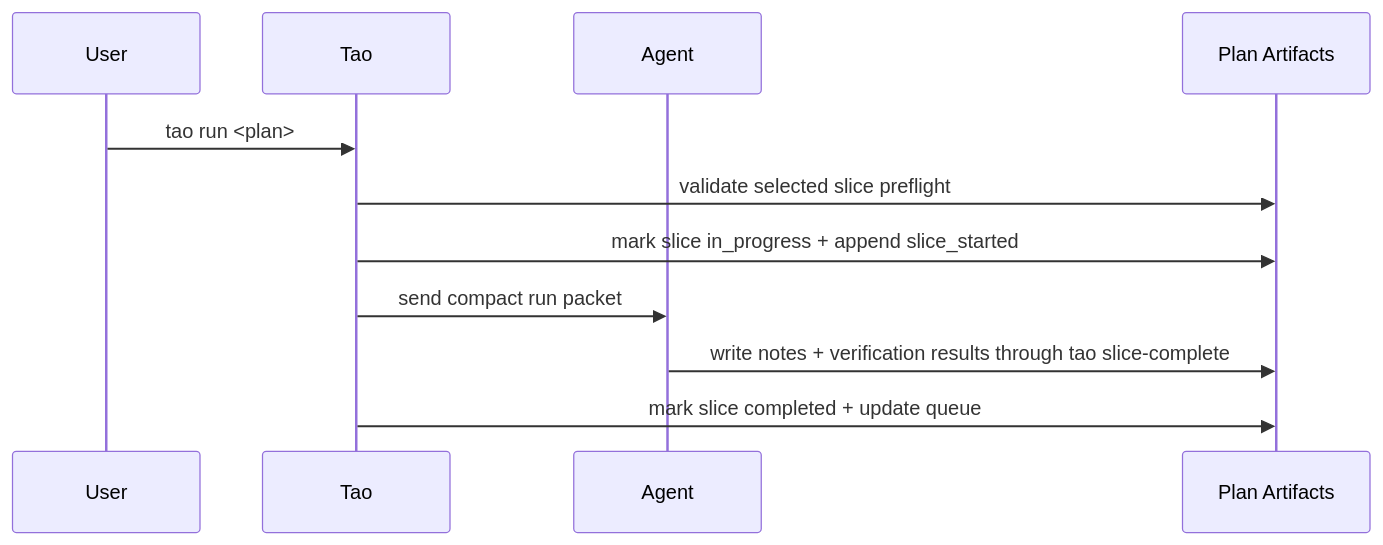
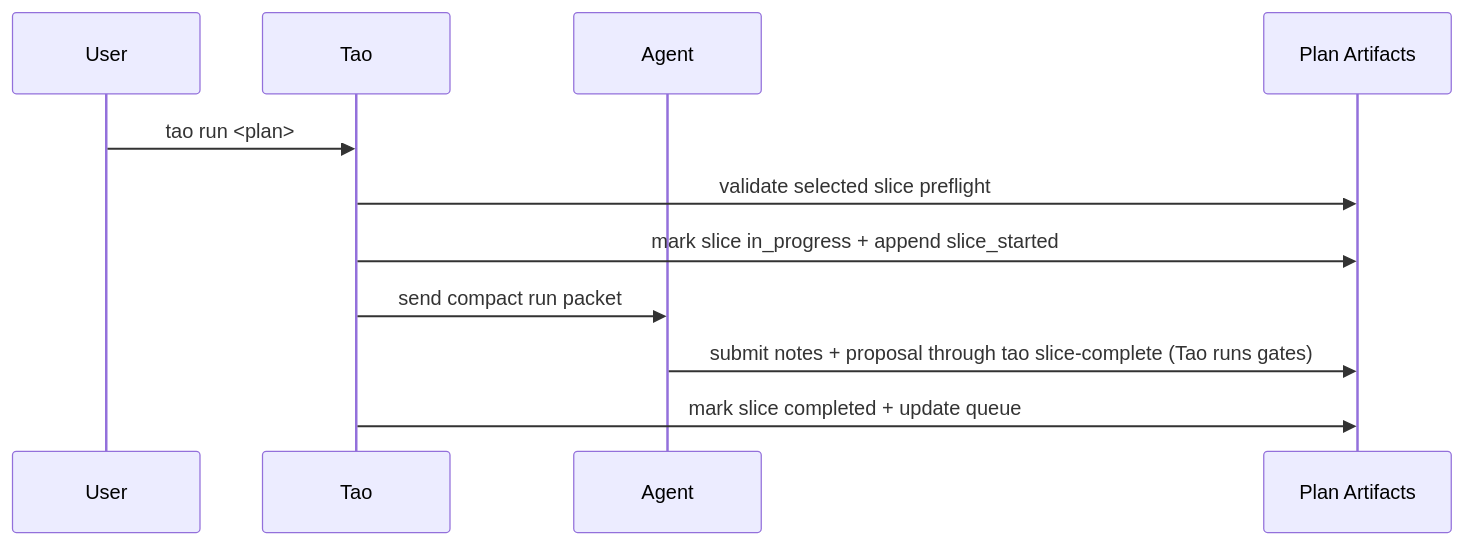
One commit to iamseth/tao changed the third of 3 diagrams in docs/plan-format.md. Above: the diagram before and after it, drawn with Mermaid. The commit also changed other lines of this file and 59 other files, not shown here.

First line of the commit message:
feat(run): execute tao-owned slice verification before intent

````diff
--- a/docs/plan-format.md
+++ b/docs/plan-format.md
@@ -290,14 +377,14 @@
 ```mermaid
 sequenceDiagram
     participant User
     participant Tao
     participant Agent
     participant Plan as Plan Artifacts
 
     User->>Tao: tao run <plan>
     Tao->>Plan: validate selected slice preflight
     Tao->>Plan: mark slice in_progress + append slice_started
     Tao->>Agent: send compact run packet
-    Agent->>Plan: write notes + verification results through tao slice-complete
+    Agent->>Plan: submit notes + proposal through tao slice-complete (Tao runs gates)
     Tao->>Plan: mark slice completed + update queue
 ```
````
